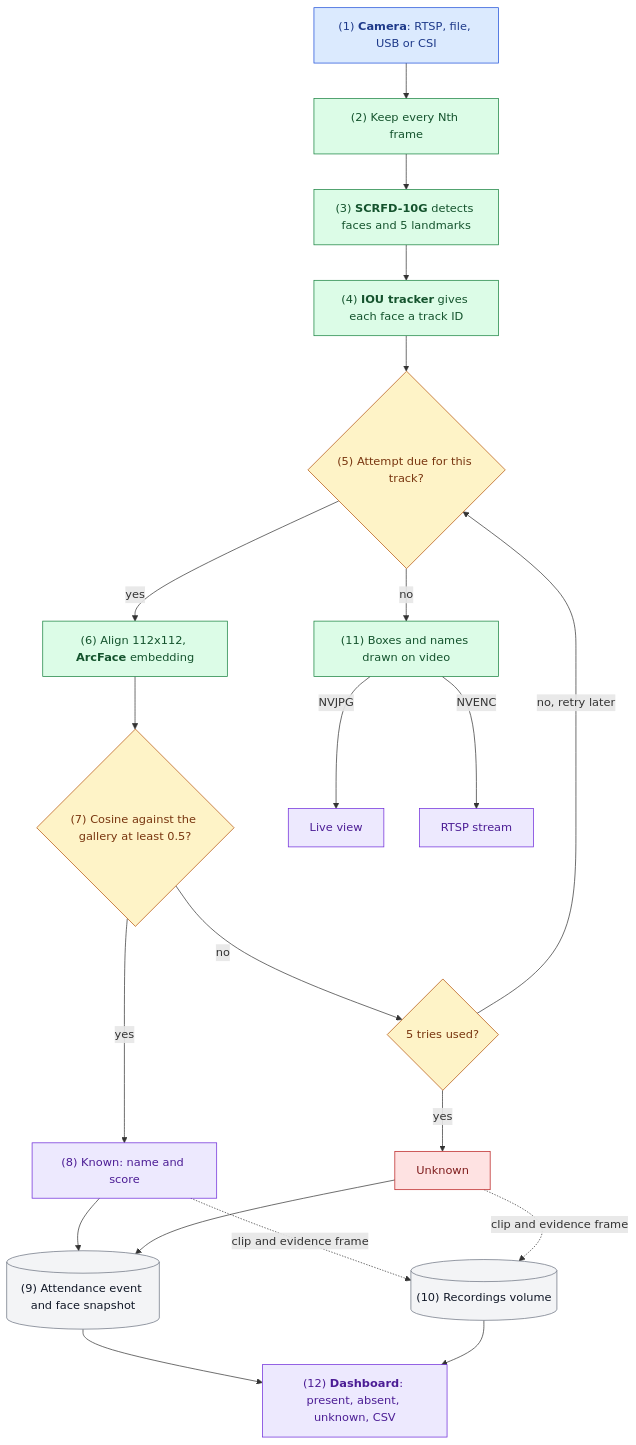
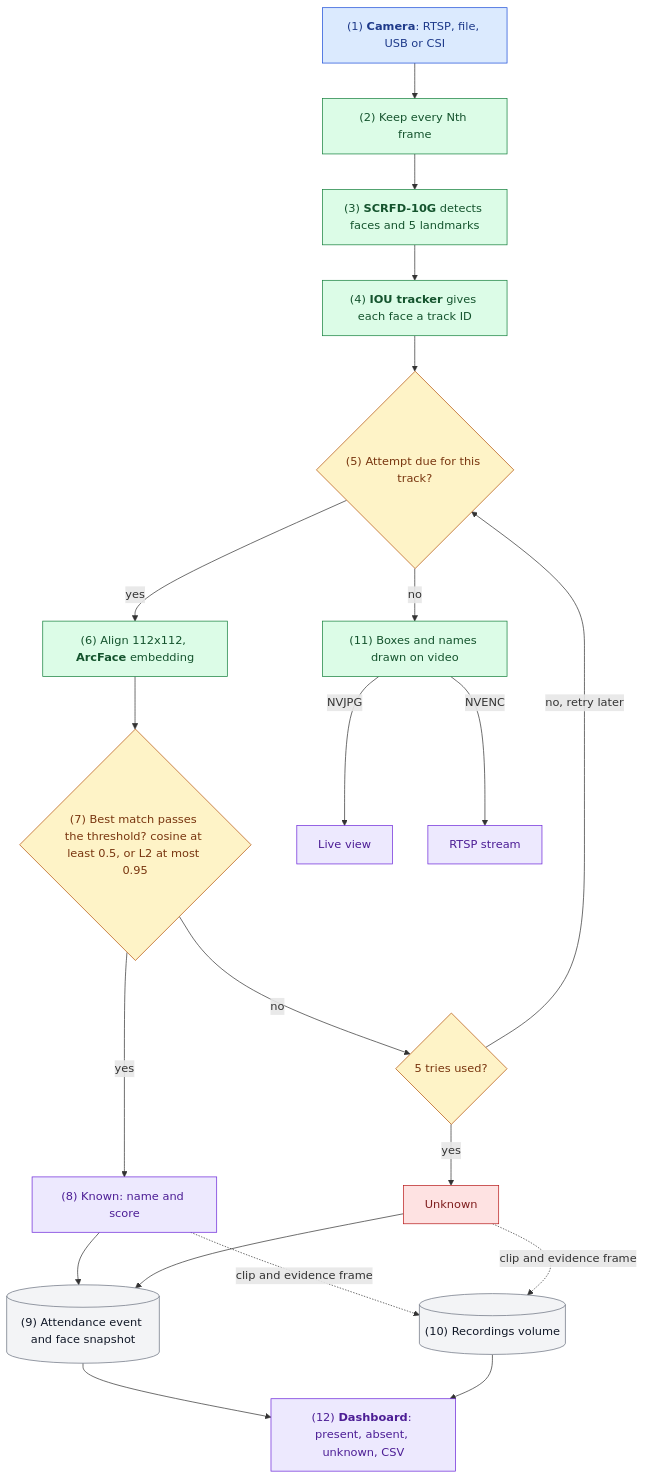
One commit to hamza-aziz-ai/Jetson-Nano-Face-Recognition-Attendance-System changed the first of 2 diagrams in README.md. Above: the diagram before and after it, drawn with Mermaid. The commit also changed other lines of this file and 7 other files, not shown here.

````diff
--- a/README.md
+++ b/README.md
@@ -20,28 +20,28 @@
 ```mermaid
 flowchart TB
   CAM["`(1) **Camera**: RTSP, file, USB or CSI`"]:::entry --> DROP["`(2) Keep every Nth frame`"]:::step
   DROP --> DET["`(3) **SCRFD-10G** detects faces and 5 landmarks`"]:::step
   DET --> TRK["`(4) **IOU tracker** gives each face a track ID`"]:::step
   TRK --> DUE{"`(5) Attempt due for this track?`"}:::decision
   DUE -->|"`no`"| OSD["`(11) Boxes and names drawn on video`"]:::step
   DUE -->|"`yes`"| EMB["`(6) Align 112x112, **ArcFace** embedding`"]:::step
-  EMB --> MATCH{"`(7) Cosine against the gallery at least 0.5?`"}:::decision
+  EMB --> MATCH{"`(7) Best match passes the threshold? cosine at least 0.5, or L2 at most 0.95`"}:::decision
   MATCH -->|"`yes`"| KNOWN["`(8) Known: name and score`"]:::outcome
   MATCH -->|"`no`"| TRIES{"`5 tries used?`"}:::decision
   TRIES -->|"`no, retry later`"| DUE
   TRIES -->|"`yes`"| UNK["`Unknown`"]:::error
   KNOWN --> EVT[("`(9) Attendance event and face snapshot`")]:::store
   UNK --> EVT
   KNOWN -.->|"`clip and evidence frame`"| REC[("`(10) Recordings volume`")]:::store
   UNK -.->|"`clip and evidence frame`"| REC
   OSD -->|"`NVJPG`"| LIVE["`Live view`"]:::outcome
   OSD -->|"`NVENC`"| RTSP["`RTSP stream`"]:::outcome
   EVT --> WEB["`(12) **Dashboard**: present, absent, unknown, CSV`"]:::outcome
   REC --> WEB
   classDef entry fill:#dbeafe,stroke:#1d4ed8,color:#1e3a8a
   classDef step fill:#dcfce7,stroke:#15803d,color:#14532d
   classDef decision fill:#fef3c7,stroke:#b45309,color:#78350f
   classDef outcome fill:#ede9fe,stroke:#6d28d9,color:#4c1d95
   classDef error fill:#fee2e2,stroke:#b91c1c,color:#7f1d1d
   classDef store fill:#f3f4f6,stroke:#6b7280,color:#111827
 ```
````
